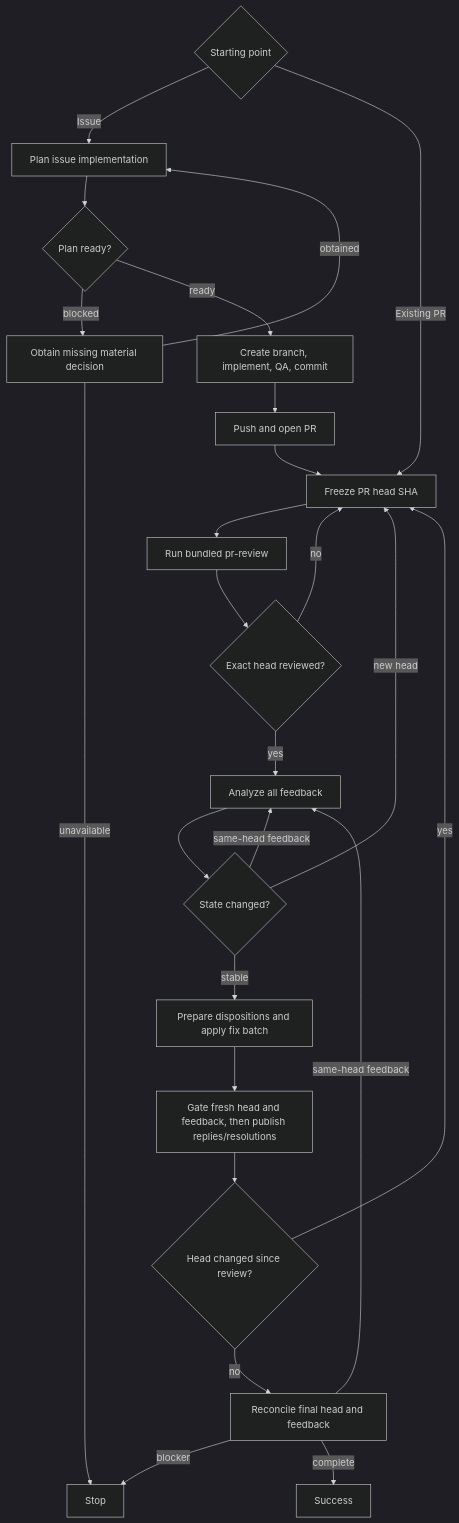
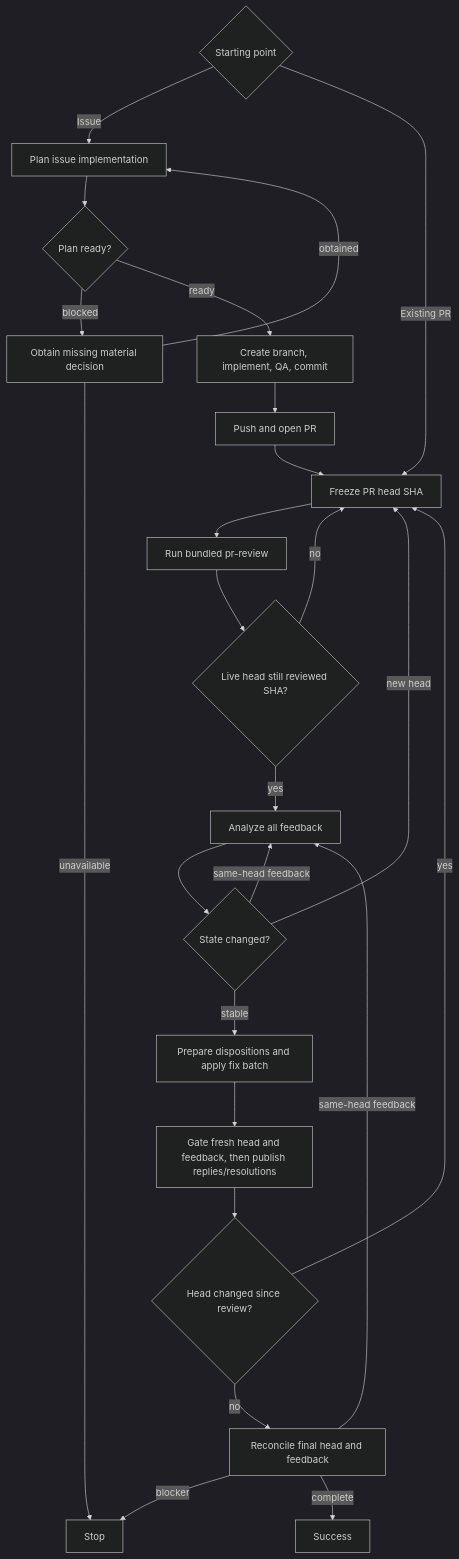
The diagram in skills/pr-loop/SKILL.md (dceoy/pr-loop), drawn with Mermaid (dark theme) before and after one commit. The commit also changed other lines of this file and 3 other files, not shown here.

````diff
--- a/skills/pr-loop/SKILL.md
+++ b/skills/pr-loop/SKILL.md
@@ -142,27 +147,27 @@
 ```mermaid
 flowchart TD
   S{Starting point} -->|Issue| P[Plan issue implementation]
   S -->|Existing PR| A
   P --> Q{Plan ready?}
   Q -->|blocked| R[Obtain missing material decision]
   R -->|obtained| P
   R -->|unavailable| K[Stop]
   Q -->|ready| M[Create branch, implement, QA, commit]
   M --> N[Push and open PR]
   N --> A[Freeze PR head SHA]
   A --> B[Run bundled pr-review]
-  B --> C{Exact head reviewed?}
+  B --> C{Live head still reviewed SHA?}
   C -->|no| A
   C -->|yes| D[Analyze all feedback]
   D --> E{State changed?}
   E -->|new head| A
   E -->|same-head feedback| D
   E -->|stable| F[Prepare dispositions and apply fix batch]
   F --> G[Gate fresh head and feedback, then publish replies/resolutions]
   G --> H{Head changed since review?}
   H -->|yes| A
   H -->|no| I[Reconcile final head and feedback]
   I -->|same-head feedback| D
   I -->|blocker| K
   I -->|complete| L[Success]
 ```
````
